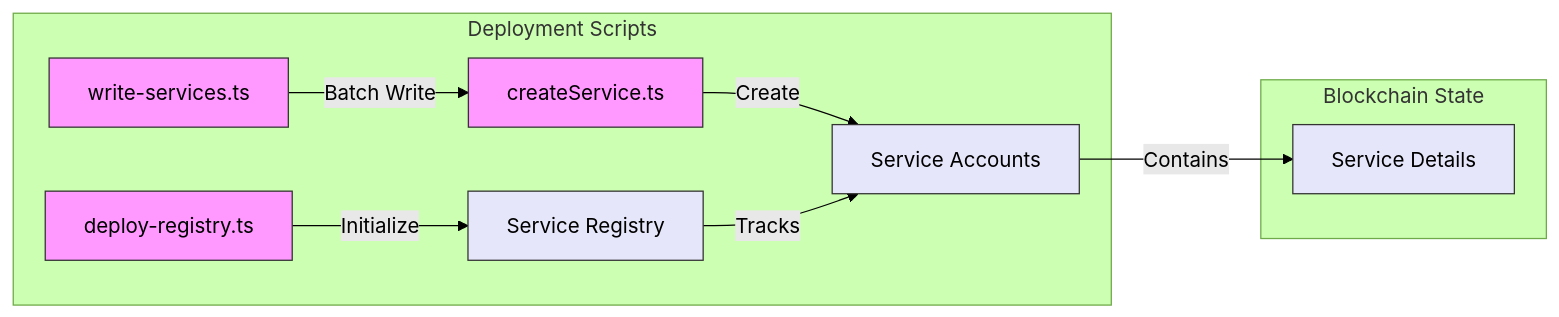
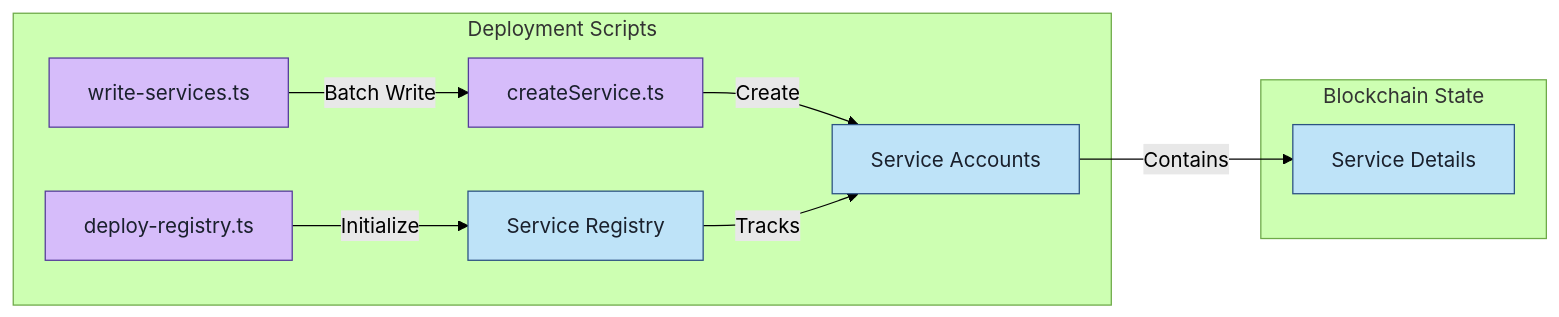
Before and after one commit to Gigentic/gigentic-frontend: the second of 3 diagrams in README.md, drawn with Mermaid (forest theme). The commit also changed other lines of this file, not shown here.

Commit message:
Update mermaid colors

````diff
--- a/README.md
+++ b/README.md
@@ -151,21 +152,20 @@
 ```mermaid
 graph LR
     subgraph "Deployment Scripts"
         DR["deploy-registry.ts"] -->|Initialize| SR["Service Registry"]
         WS["write-services.ts"] -->|Batch Write| CS["createService.ts"]
         CS -->|Create| SA["Service Accounts"]
     end
 
     subgraph "Blockchain State"
         SR -->|Tracks| SA
         SA -->|Contains| SD["Service Details"]
     end
 
-
-    classDef script fill:#f9f,stroke:#333
-    classDef state fill:#e6e6fa,stroke:#333
-    classDef blockchain fill:#90EE90,stroke:#333
+    classDef script fill:#D6BCFA,stroke:#553C9A,color:#1A202C
+    classDef state fill:#BEE3F8,stroke:#2C5282,color:#1A202C
+    classDef blockchain fill:#9AE6B4,stroke:#2F855A,color:#1A202C
     class DR,CS,WS script
     class SR,SA,SD state
     class BC blockchain
 ```
````
